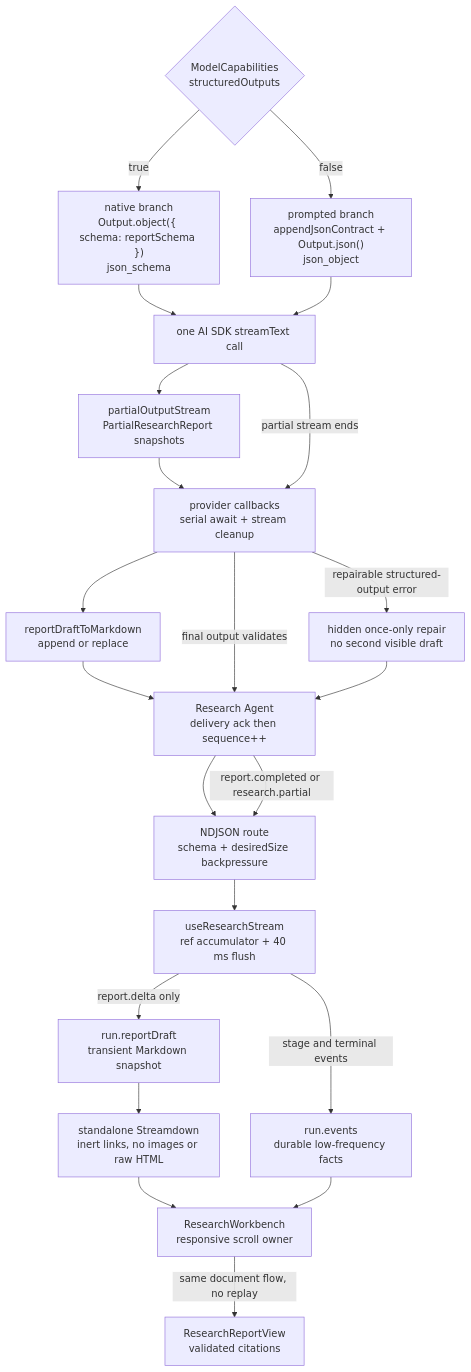
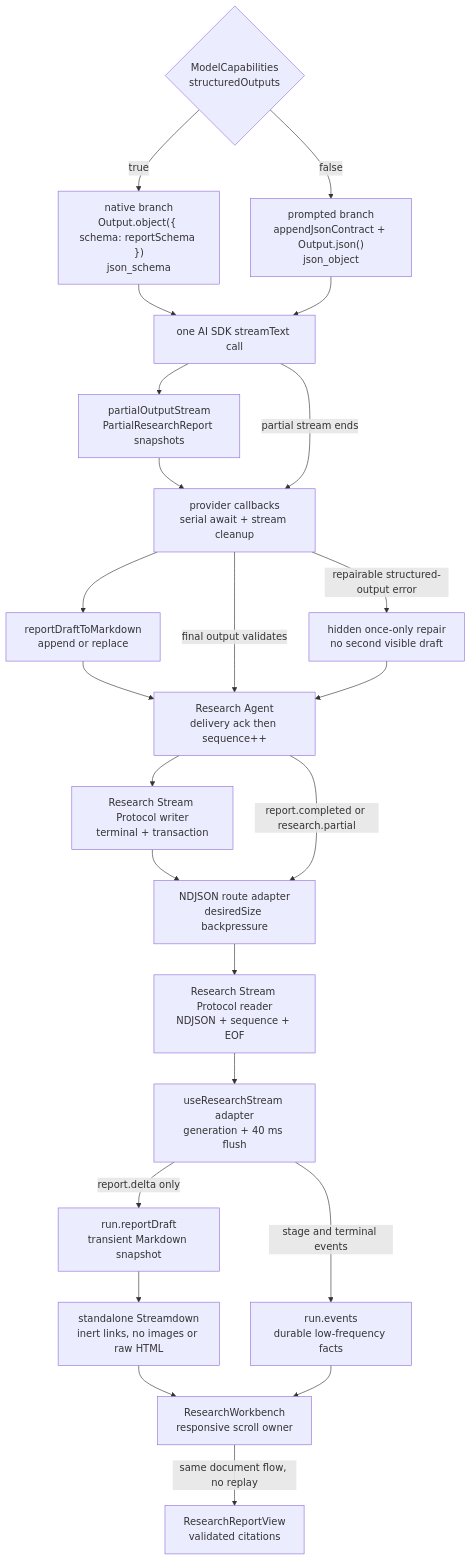
One commit to nightsu/research-agent-demo changed the third of 3 diagrams in docs/architecture.md. Above: the diagram before and after it, drawn with Mermaid. The commit also changed other lines of this file and 9 other files, not shown here.

Commit message:
refactor: centralize research stream protocol

````diff
--- a/docs/architecture.md
+++ b/docs/architecture.md
@@ -152,31 +156,33 @@
 ```mermaid
 flowchart TB
     Strategy{"ModelCapabilities<br/>structuredOutputs"}
     Native["native branch<br/>Output.object({ schema: reportSchema })<br/>json_schema"]
     Prompted["prompted branch<br/>appendJsonContract + Output.json()<br/>json_object"]
     Model["one AI SDK streamText call"]
     Partial["partialOutputStream<br/>PartialResearchReport snapshots"]
     Callbacks["provider callbacks<br/>serial await + stream cleanup"]
     Repair["hidden once-only repair<br/>no second visible draft"]
     Projector["reportDraftToMarkdown<br/>append or replace"]
     Agent["Research Agent<br/>delivery ack then sequence++"]
-    Route["NDJSON route<br/>schema + desiredSize backpressure"]
-    Hook["useResearchStream<br/>ref accumulator + 40 ms flush"]
+    ProtocolWriter["Research Stream Protocol writer<br/>terminal + transaction"]
+    ProtocolReader["Research Stream Protocol reader<br/>NDJSON + sequence + EOF"]
+    Route["NDJSON route adapter<br/>desiredSize backpressure"]
+    Hook["useResearchStream adapter<br/>generation + 40 ms flush"]
     Events["run.events<br/>durable low-frequency facts"]
     Draft["run.reportDraft<br/>transient Markdown snapshot"]
     Streamdown["standalone Streamdown<br/>inert links, no images or raw HTML"]
     Workspace["ResearchWorkbench<br/>responsive scroll owner"]
     Formal["ResearchReportView<br/>validated citations"]
 
     Strategy -->|"true"| Native --> Model
     Strategy -->|"false"| Prompted --> Model
-    Model --> Partial --> Callbacks --> Projector --> Agent --> Route --> Hook
+    Model --> Partial --> Callbacks --> Projector --> Agent --> ProtocolWriter --> Route --> ProtocolReader --> Hook
     Model -->|"partial stream ends"| Callbacks
     Callbacks -->|"final output validates"| Agent
     Callbacks -->|"repairable structured-output error"| Repair --> Agent
     Hook -->|"stage and terminal events"| Events
     Hook -->|"report.delta only"| Draft --> Streamdown --> Workspace
     Events --> Workspace
     Agent -->|"report.completed or research.partial"| Route
     Workspace -->|"same document flow, no replay"| Formal
 ```
````
